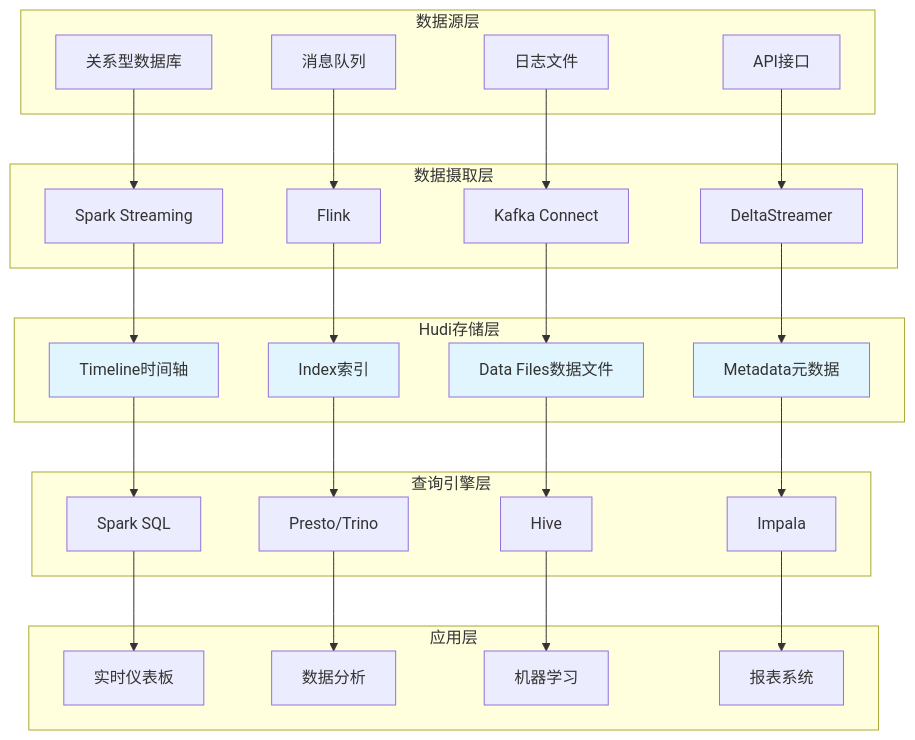
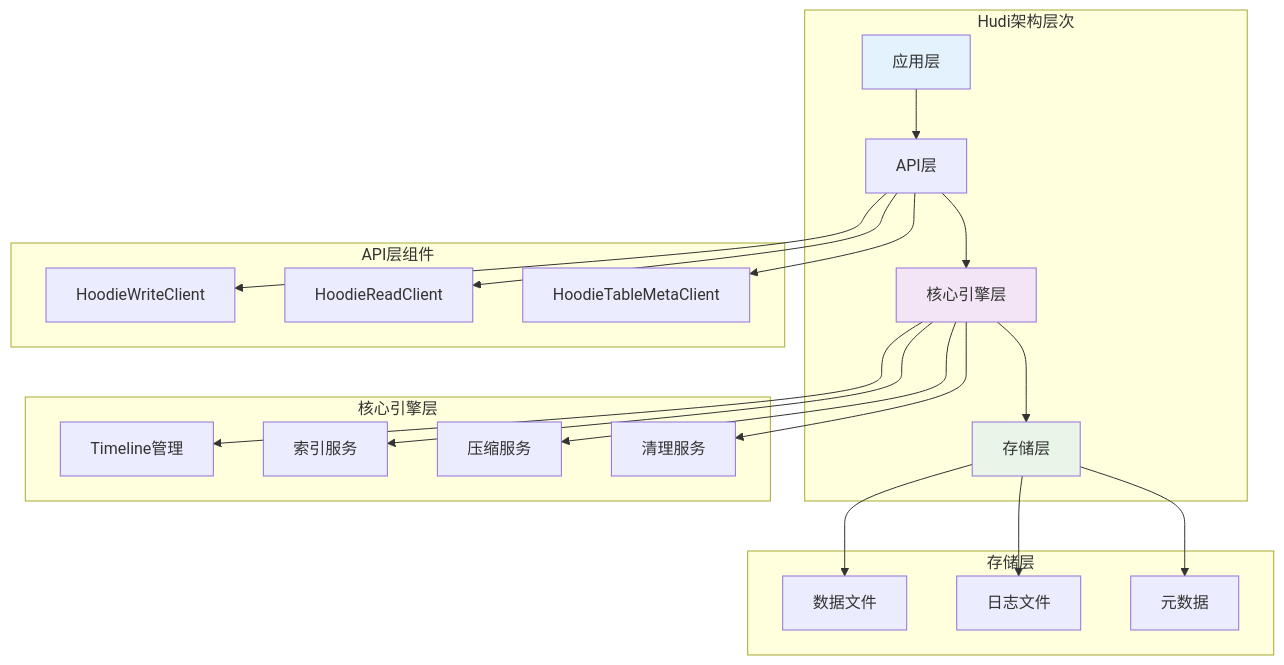
Before and after one commit to ralph-wren/TechStack-Handbook: the third of 39 diagrams in 29.hudi.md, drawn with Mermaid. The commit also changed other lines of this file and 2 other files, not shown here.

````diff
--- a/29.hudi.md
+++ b/29.hudi.md
@@ -135,62 +301,44 @@
 ```mermaid
 graph TB
-    subgraph "数据源层"
-        DS1["关系型数据库"]
-        DS2["消息队列"]
-        DS3["日志文件"]
-        DS4["API接口"]
+    subgraph "Hudi架构层次"
+        A["应用层"] --> B["API层"]
+        B --> C["核心引擎层"]
+        C --> D["存储层"]
     end
     
-    subgraph "数据摄取层"
-        DI1["Spark Streaming"]
-        DI2["Flink"]
-        DI3["Kafka Connect"]
-        DI4["DeltaStreamer"]
+    subgraph "API层组件"
+        E["HoodieWriteClient"]
+        F["HoodieReadClient"]
+        G["HoodieTableMetaClient"]
     end
     
-    subgraph "Hudi存储层"
-        HS1["Timeline时间轴"]
-        HS2["Index索引"]
-        HS3["Data Files数据文件"]
-        HS4["Metadata元数据"]
+    subgraph "核心引擎层"
+        H["Timeline管理"]
+        I["索引服务"]
+        J["压缩服务"]
+        K["清理服务"]
     end
     
-    subgraph "查询引擎层"
-        QE1["Spark SQL"]
-        QE2["Presto/Trino"]
-        QE3["Hive"]
-        QE4["Impala"]
+    subgraph "存储层"
+        L["数据文件"]
+        M["日志文件"]
+        N["元数据"]
     end
     
-    subgraph "应用层"
-        APP1["实时仪表板"]
-        APP2["数据分析"]
-        APP3["机器学习"]
-        APP4["报表系统"]
-    end
+    B --> E
+    B --> F
+    B --> G
     
-    DS1 --> DI1
-    DS2 --> DI2
-    DS3 --> DI3
-    DS4 --> DI4
+    C --> H
+    C --> I
+    C --> J
+    C --> K
     
-    DI1 --> HS1
-    DI2 --> HS2
-    DI3 --> HS3
-    DI4 --> HS4
+    D --> L
+    D --> M
+    D --> N
     
-    HS1 --> QE1
-    HS2 --> QE2
-    HS3 --> QE3
-    HS4 --> QE4
-    
-    QE1 --> APP1
-    QE2 --> APP2
-    QE3 --> APP3
-    QE4 --> APP4
-    
-    style HS1 fill:#e1f5fe
-    style HS2 fill:#e1f5fe
-    style HS3 fill:#e1f5fe
-    style HS4 fill:#e1f5fe
+    style A fill:#e3f2fd
+    style C fill:#f3e5f5
+    style D fill:#e8f5e8
 ```
````
